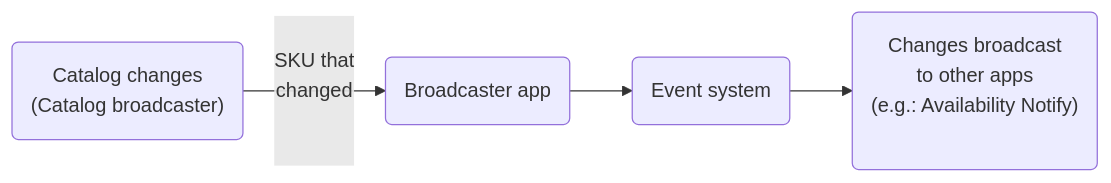
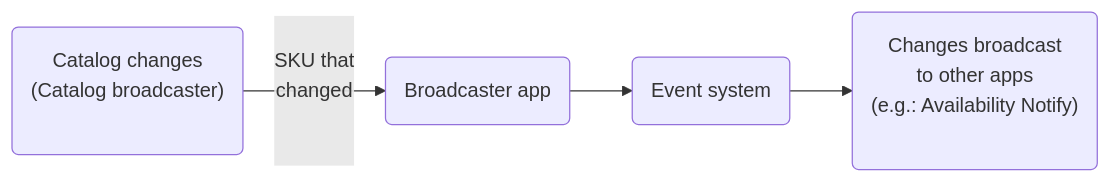
One commit to vtex-apps/broadcaster changed the diagram in docs/README.md. Above: the diagram before and after it, drawn with Mermaid. The commit also changed other lines of this file, not shown here.

````diff
--- a/docs/README.md
+++ b/docs/README.md
@@ -9,9 +9,9 @@
 ```mermaid
 flowchart LR
-a1("Catalog changes\n(Catalog broadcaster)\n")
+a1("Catalog changes\n(Catalog broadcaster)\n\n")
 a2("Broadcaster app")
 b1("Event system")
 b2("Changes broadcast\nto other apps\n(e.g.: Availability Notify)\n\n")
 
 a1 -- \nSKU that\nchanged\n\n\n --> a2 --> b1 --> b2
 ```
````
